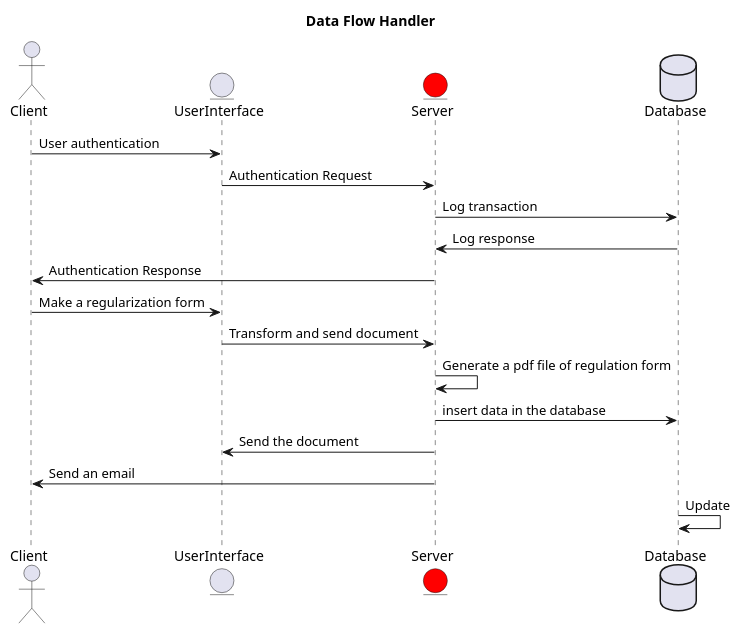
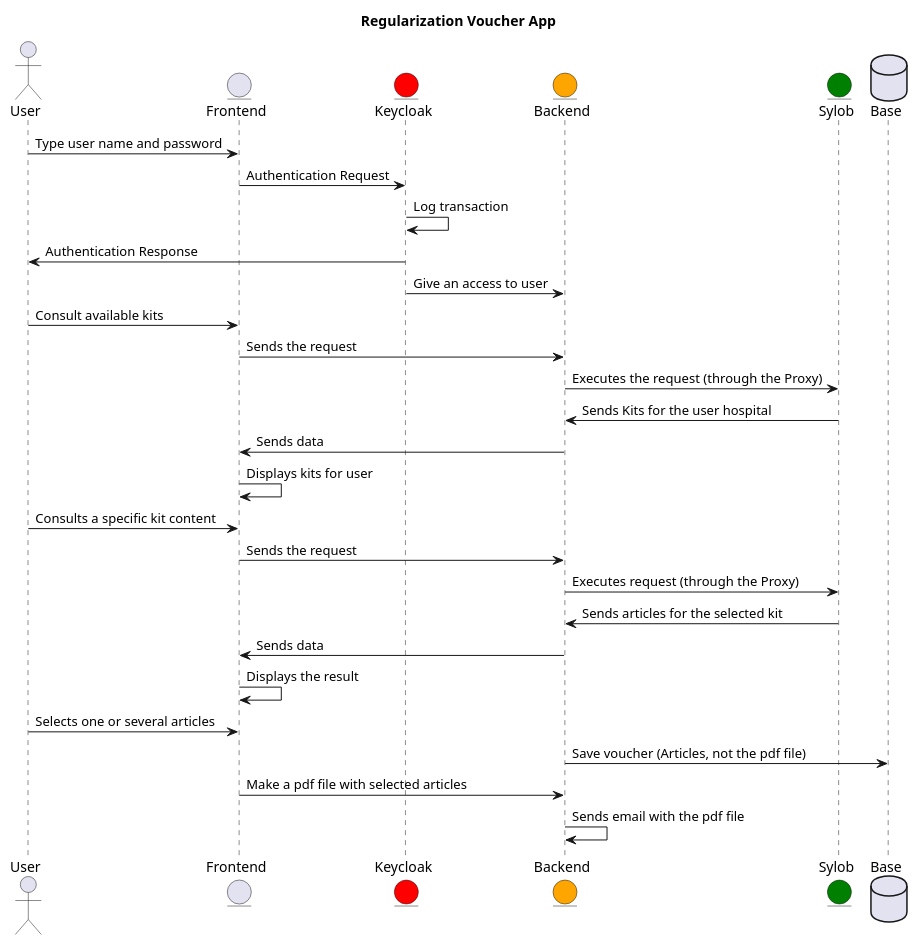
The diagram in docs/sequecesDiagrammes.puml (mdiallo99/newclip-service), drawn with PlantUML before and after one commit. The commit also changed other lines of this file and 55542 other files, not shown here.

```diff
--- a/docs/sequecesDiagrammes.puml
+++ b/docs/sequecesDiagrammes.puml
@@ -1,22 +2,43 @@
 @startuml
 
-title Data Flow Handler
-actor Client
-entity UserInterface
-entity Server #red
-database Database
-Client -> UserInterface: User authentication
-UserInterface -> Server: Authentication Request
-Server -> Database: Log transaction
-Database -> Server: Log response
-Server -> Client: Authentication Response
+title Regularization Voucher App
+actor User
+entity Frontend
+entity Keycloak #red
+entity Backend #orange
+entity Sylob #green
+database Base
 
-Client -> UserInterface: Make a regularization form
-UserInterface -> Server: Transform and send document
-Server -> Server: Generate a pdf file of regulation form
-Server -> Database: insert data in the database
-Server -> UserInterface: Send the document
-Server -> Client: Send an email
+' AUTHENTICATION PROCESS
 
-Database -> Database: Update
+User -> Frontend:  Type user name and password
+Frontend -> Keycloak: Authentication Request
+Keycloak -> Keycloak: Log transaction
+Keycloak -> User: Authentication Response
+Keycloak -> Backend: Give an access to user
+
+'VIEW AVAILABLE KITS
+
+User -> Frontend: Consult available kits
+Frontend -> Backend: Sends the request
+Backend -> Sylob: Executes the request (through the Proxy)
+Sylob -> Backend: Sends Kits for the user hospital
+Backend -> Frontend: Sends data
+Frontend -> Frontend: Displays kits for user
+
+'VIEW A SPECIFIC KIT CONTENT
+
+User -> Frontend: Consults a specific kit content
+Frontend -> Backend: Sends the request
+Backend -> Sylob: Executes request (through the Proxy)
+Sylob -> Backend: Sends articles for the selected kit
+Backend -> Frontend: Sends data
+Frontend -> Frontend: Displays the result
+
+' MAKING A REGULARIZATION VOUCHER
+
+User -> Frontend: Selects one or several articles
+Backend -> Base: Save voucher (Articles, not the pdf file)
+Frontend -> Backend: Make a pdf file with selected articles
+Backend -> Backend: Sends email with the pdf file
 @enduml
```
